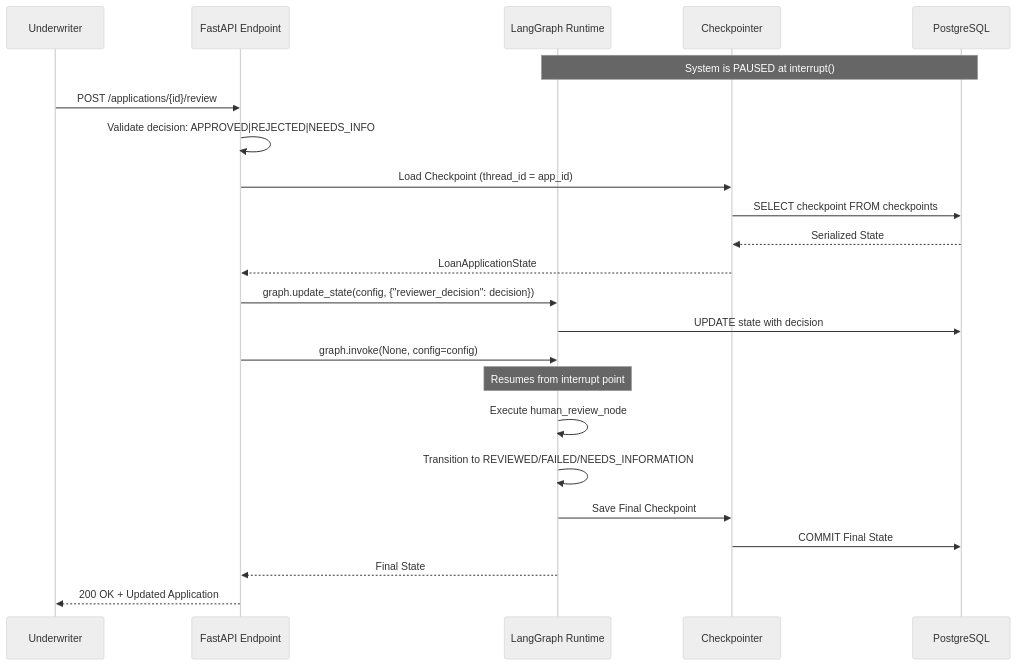
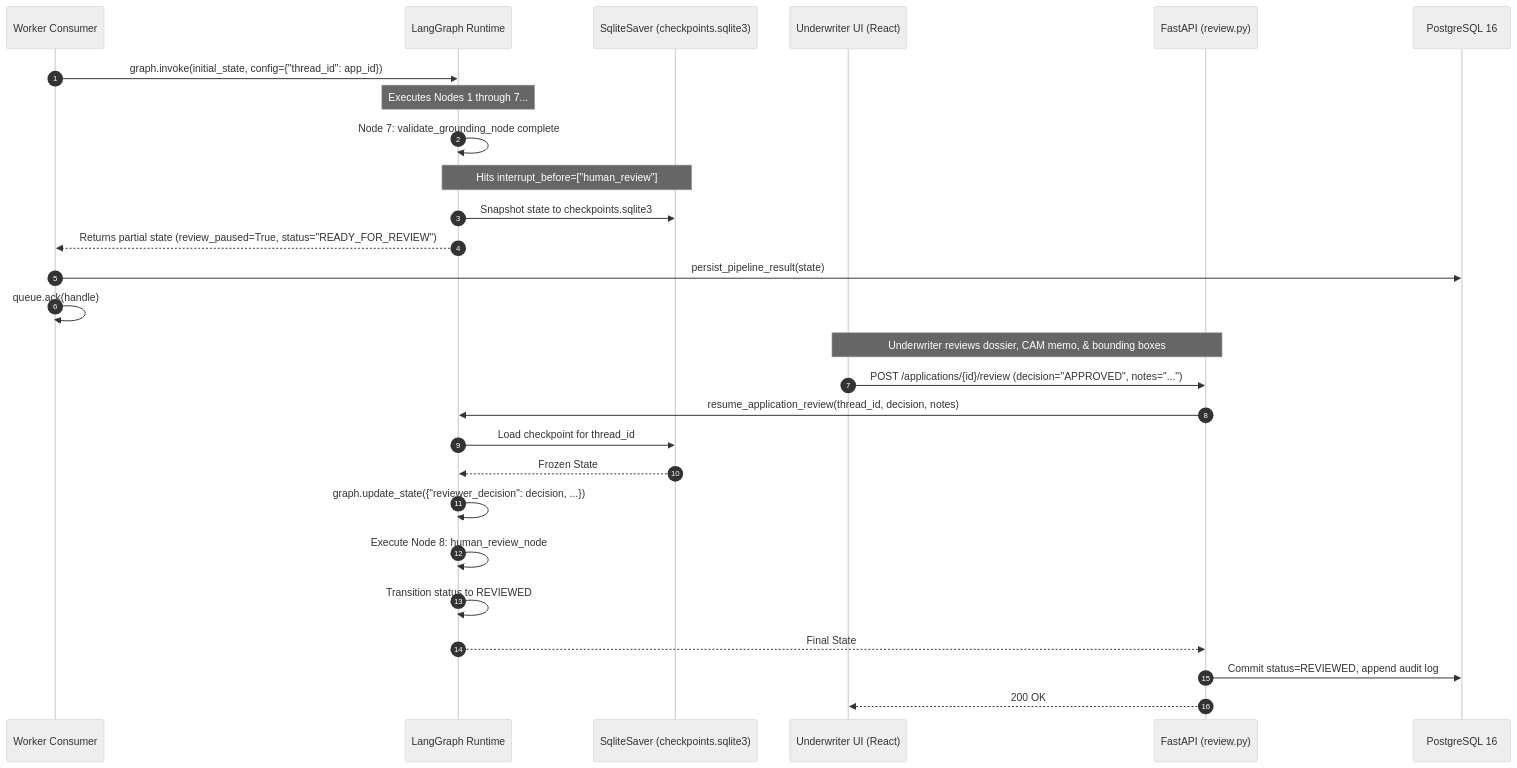
One commit to maczeo11/loan-doc-processing-agent changed the fourth of 8 diagrams in docs/langgraph_workflow.md. Above: the diagram before and after it, drawn with Mermaid (neutral theme). The commit also changed other lines of this file, not shown here.

Commit message:
docs: update LangGraph workflow documentation with authoritative Mermaid diagrams

````diff
--- a/docs/langgraph_workflow.md
+++ b/docs/langgraph_workflow.md
@@ -268,34 +243,32 @@
 ```mermaid
 sequenceDiagram
-    participant U as Underwriter
-    participant API as FastAPI Endpoint
+    autonumber
+    participant W as Worker Consumer
     participant LG as LangGraph Runtime
-    participant CP as Checkpointer
-    participant DB as PostgreSQL
-    
-    Note over LG,DB: System is PAUSED at interrupt()
-    
-    U->>API: POST /applications/{id}/review
-    API->>API: Validate decision: APPROVED|REJECTED|NEEDS_INFO
-    
-    API->>CP: Load Checkpoint (thread_id = app_id)
-    CP->>DB: SELECT checkpoint FROM checkpoints
-    DB-->>CP: Serialized State
-    CP-->>API: LoanApplicationState
-    
-    API->>LG: graph.update_state(config, {"reviewer_decision": decision})
-    LG->>DB: UPDATE state with decision
-    
-    API->>LG: graph.invoke(None, config=config)
-    
-    Note over LG: Resumes from interrupt point
-    
-    LG->>LG: Execute human_review_node
-    LG->>LG: Transition to REVIEWED/FAILED/NEEDS_INFORMATION
-    
-    LG->>CP: Save Final Checkpoint
-    CP->>DB: COMMIT Final State
-    
+    participant CP as SqliteSaver (checkpoints.sqlite3)
+    participant UI as Underwriter UI (React)
+    participant API as FastAPI (review.py)
+    participant DB as PostgreSQL 16
+
+    W->>LG: graph.invoke(initial_state, config={"thread_id": app_id})
+    Note over LG: Executes Nodes 1 through 7...
+    LG->>LG: Node 7: validate_grounding_node complete
+    Note over LG,CP: Hits interrupt_before=["human_review"]
+    LG->>CP: Snapshot state to checkpoints.sqlite3
+    LG-->>W: Returns partial state (review_paused=True, status="READY_FOR_REVIEW")
+    W->>DB: persist_pipeline_result(state)
+    W->>W: queue.ack(handle)
+
+    Note over UI,API: Underwriter reviews dossier, CAM memo, & bounding boxes
+
+    UI->>API: POST /applications/{id}/review (decision="APPROVED", notes="...")
+    API->>LG: resume_application_review(thread_id, decision, notes)
+    LG->>CP: Load checkpoint for thread_id
+    CP-->>LG: Frozen State
+    LG->>LG: graph.update_state({"reviewer_decision": decision, ...})
+    LG->>LG: Execute Node 8: human_review_node
+    LG->>LG: Transition status to REVIEWED
     LG-->>API: Final State
-    API-->>U: 200 OK + Updated Application
+    API->>DB: Commit status=REVIEWED, append audit log
+    API-->>UI: 200 OK
 ```
````
